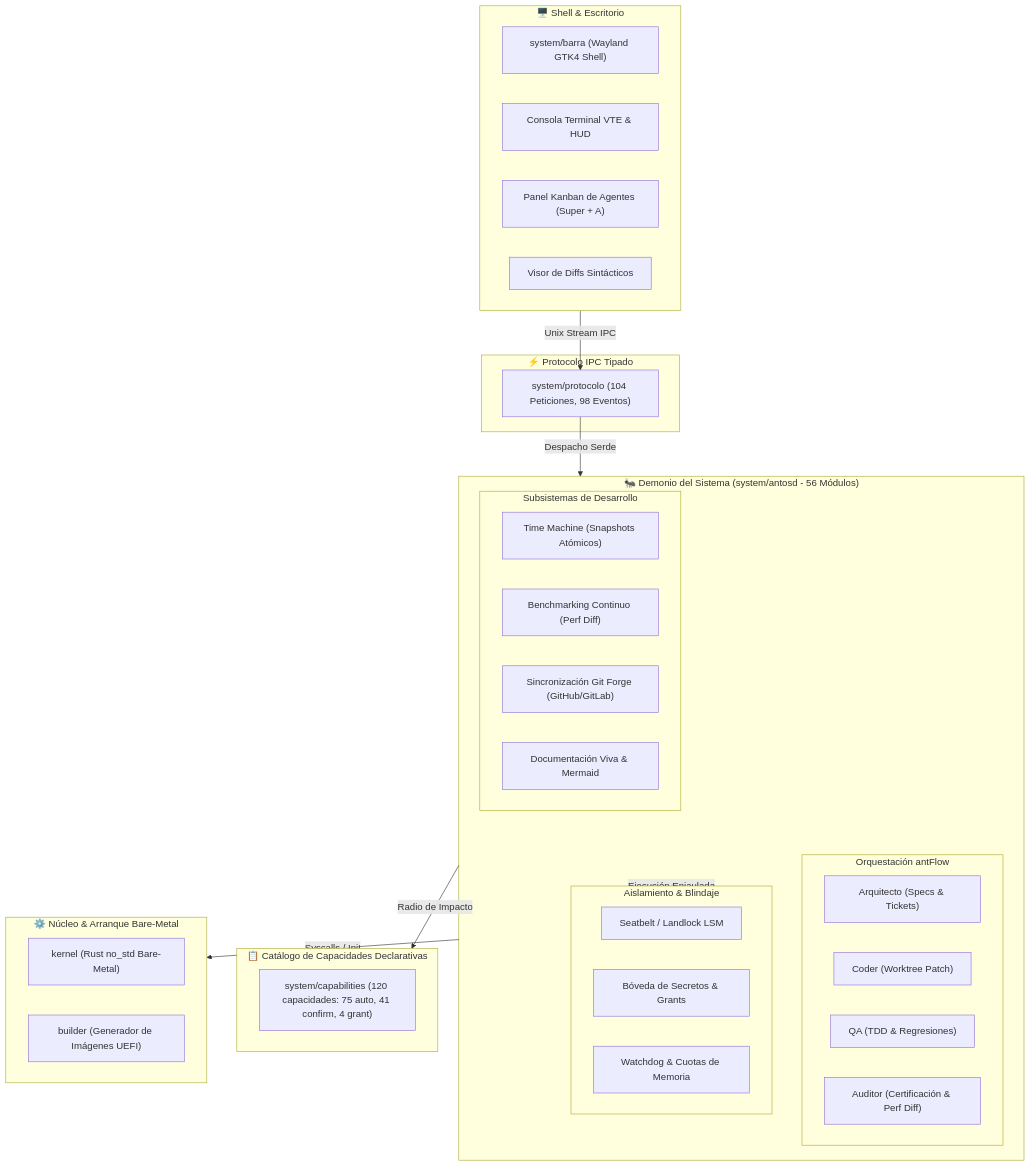
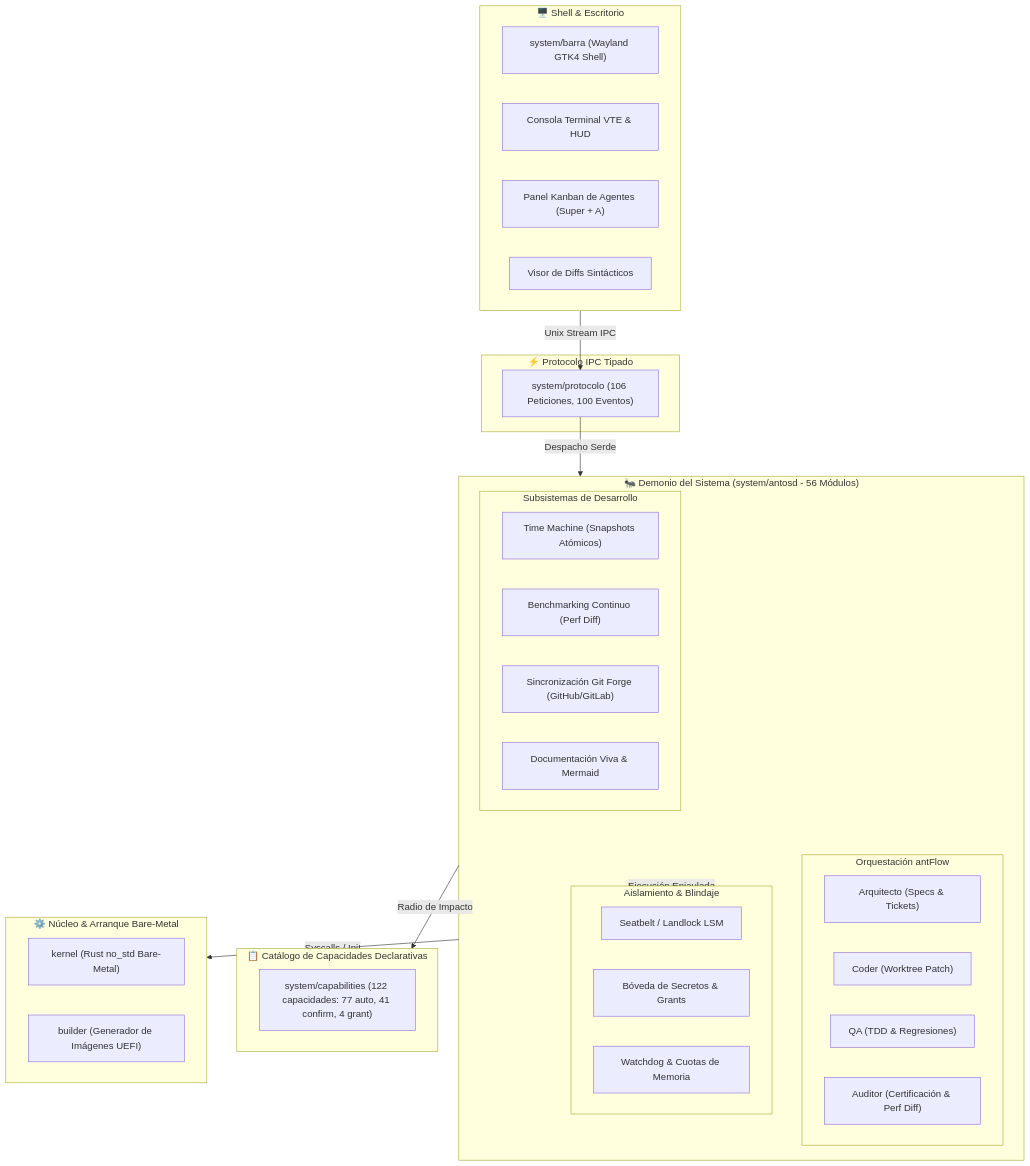
Before and after one commit to juandevelop85/antOS: the first of 4 diagrams in docs/arquitectura.md, drawn with Mermaid. The commit also changed other lines of this file and 16 other files, not shown here.

````diff
--- a/docs/arquitectura.md
+++ b/docs/arquitectura.md
@@ -11,50 +11,50 @@
 ```mermaid
 graph TD
   subgraph UI["🖥️ Shell & Escritorio"]
     Barra["system/barra (Wayland GTK4 Shell)"]
     VTE["Consola Terminal VTE & HUD"]
     Kanban["Panel Kanban de Agentes (Super + A)"]
     DiffViewer["Visor de Diffs Sintácticos"]
   end
 
   subgraph PROTO["⚡ Protocolo IPC Tipado"]
-    Protocolo["system/protocolo (104 Peticiones, 98 Eventos)"]
+    Protocolo["system/protocolo (106 Peticiones, 100 Eventos)"]
   end
 
   subgraph DAEMON["🐜 Demonio del Sistema (system/antosd - 56 Módulos)"]
     subgraph MultiAgente["Orquestación antFlow"]
       Architect["Arquitecto (Specs & Tickets)"]
       Coder["Coder (Worktree Patch)"]
       QA["QA (TDD & Regresiones)"]
       Auditor["Auditor (Certificación & Perf Diff)"]
     end
 
     subgraph Seguridad["Aislamiento & Blindaje"]
       Seatbelt["Seatbelt / Landlock LSM"]
       Vault["Bóveda de Secretos & Grants"]
       Quota["Watchdog & Cuotas de Memoria"]
     end
 
     subgraph Motores["Subsistemas de Desarrollo"]
       TimeMachine["Time Machine (Snapshots Atómicos)"]
       BenchEngine["Benchmarking Continuo (Perf Diff)"]
       ForgeEngine["Sincronización Git Forge (GitHub/GitLab)"]
       DocArch["Documentación Viva & Mermaid"]
     end
   end
 
   subgraph CAPS["📋 Catálogo de Capacidades Declarativas"]
-    Capabilities["system/capabilities (120 capacidades: 75 auto, 41 confirm, 4 grant)"]
+    Capabilities["system/capabilities (122 capacidades: 77 auto, 41 confirm, 4 grant)"]
   end
 
   subgraph BAREMETAL["⚙️ Núcleo & Arranque Bare-Metal"]
     Kernel["kernel (Rust no_std Bare-Metal)"]
     Builder["builder (Generador de Imágenes UEFI)"]
   end
 
   UI -->|Unix Stream IPC| Protocolo
   Protocolo -->|Despacho Serde| DAEMON
   DAEMON -->|Radio de Impacto| CAPS
   DAEMON -->|Ejecución Enjaulada| Seguridad
   DAEMON -->|Syscalls / Init| BAREMETAL
 ```
````
